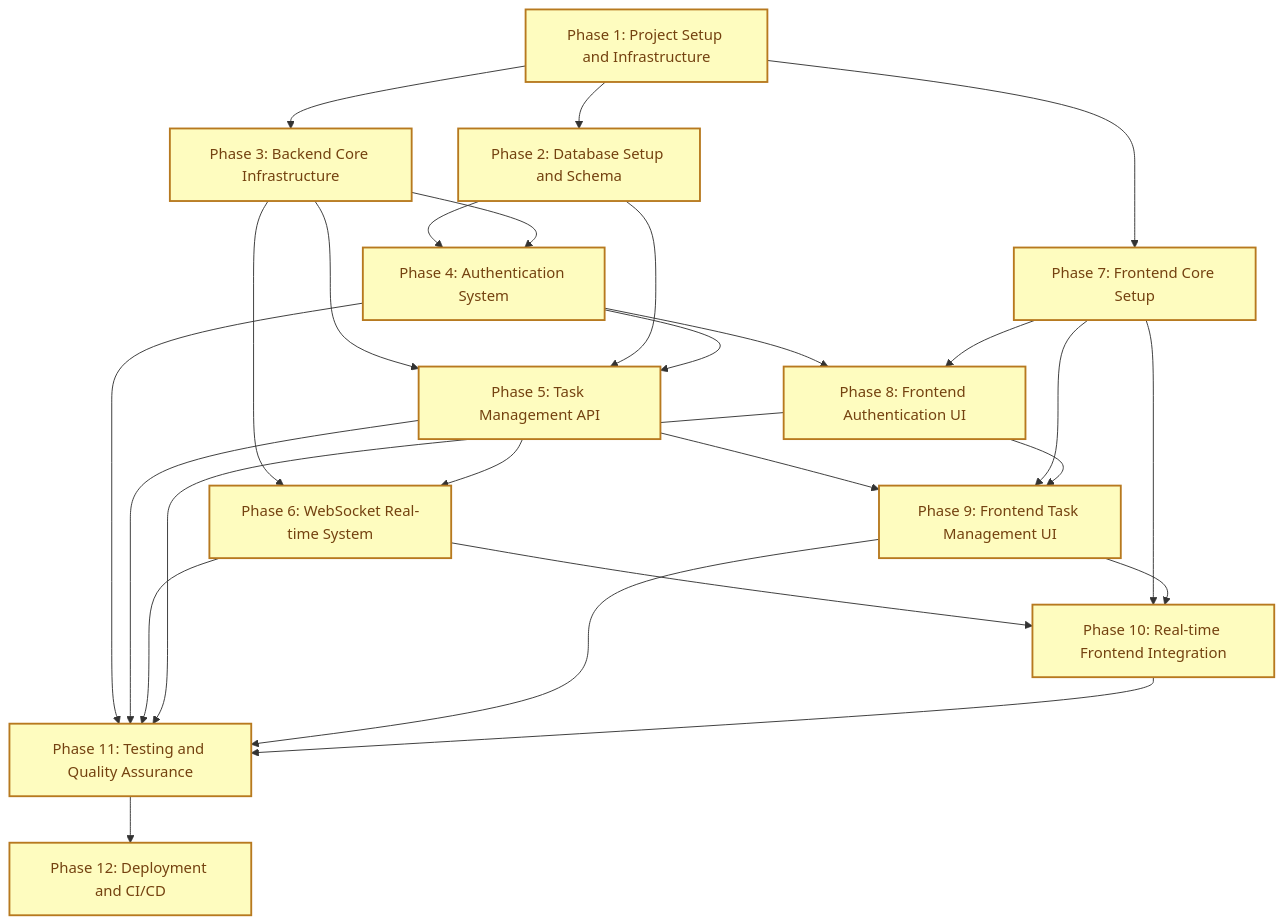
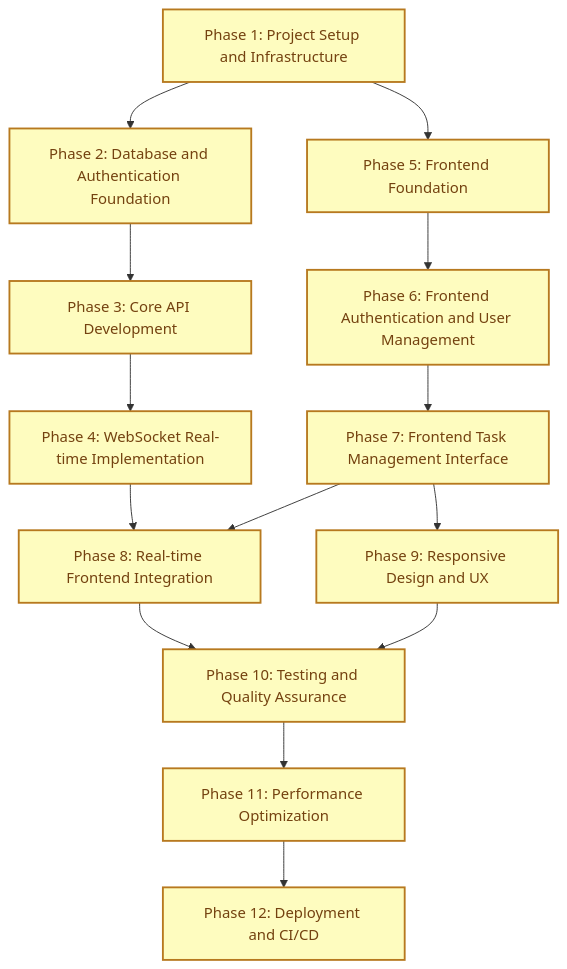
The diagram in .imp/imp-mock-spec/imp-plan.md (BrooksFlannery/imp), drawn with Mermaid before and after one commit. The commit also changed 34 other files, not shown here.

````diff
--- a/.imp/imp-mock-spec/imp-plan.md
+++ b/.imp/imp-mock-spec/imp-plan.md
@@ -1,39 +1,21 @@
 ```mermaid
 flowchart TD
-  Phase1[Phase 1: Project Setup and Infrastructure]:::incomplete --> Phase2[Phase 2: Database Setup and Schema]:::incomplete
-  Phase1 --> Phase3[Phase 3: Backend Core Infrastructure]:::incomplete
-  Phase1 --> Phase7[Phase 7: Frontend Core Setup]:::incomplete
-  
-  Phase2 --> Phase4[Phase 4: Authentication System]:::incomplete
-  Phase3 --> Phase4
-  Phase3 --> Phase5[Phase 5: Task Management API]:::incomplete
-  Phase3 --> Phase6[Phase 6: WebSocket Real-time System]:::incomplete
-  
-  Phase2 --> Phase5
-  Phase4 --> Phase5
-  Phase4 --> Phase8[Phase 8: Frontend Authentication UI]:::incomplete
+  Phase1[Phase 1: Project Setup and Infrastructure]:::incomplete --> Phase2[Phase 2: Database and Authentication Foundation]:::incomplete
+  Phase1 --> Phase5[Phase 5: Frontend Foundation]:::incomplete
+  Phase2 --> Phase3[Phase 3: Core API Development]:::incomplete
+  Phase5 --> Phase6[Phase 6: Frontend Authentication and User Management]:::incomplete
+  Phase3 --> Phase4[Phase 4: WebSocket Real-time Implementation]:::incomplete
+  Phase6 --> Phase7[Phase 7: Frontend Task Management Interface]:::incomplete
+  Phase4 --> Phase8[Phase 8: Real-time Frontend Integration]:::incomplete
   Phase7 --> Phase8
-  
-  Phase5 --> Phase6
-  Phase5 --> Phase9[Phase 9: Frontend Task Management UI]:::incomplete
-  Phase7 --> Phase9
-  Phase8 --> Phase9
-  
-  Phase6 --> Phase10[Phase 10: Real-time Frontend Integration]:::incomplete
-  Phase7 --> Phase10
+  Phase7 --> Phase9[Phase 9: Responsive Design and UX]:::incomplete
+  Phase8 --> Phase10[Phase 10: Testing and Quality Assurance]:::incomplete
   Phase9 --> Phase10
-  
-  Phase4 --> Phase11[Phase 11: Testing and Quality Assurance]:::incomplete
-  Phase5 --> Phase11
-  Phase6 --> Phase11
-  Phase8 --> Phase11
-  Phase9 --> Phase11
-  Phase10 --> Phase11
-  
+  Phase10 --> Phase11[Phase 11: Performance Optimization]:::incomplete
   Phase11 --> Phase12[Phase 12: Deployment and CI/CD]:::incomplete
 
   %% Class Definitions
   classDef incomplete fill:#fefcbf,stroke:#b7791f,stroke-width:2px,color:#744210
   classDef inProgress fill:#bee3f8,stroke:#2b6cb0,stroke-width:2px,color:#2c5282
   classDef complete fill:#c6f6d5,stroke:#2f855a,stroke-width:2px,color:#22543d
 ``` 
````
